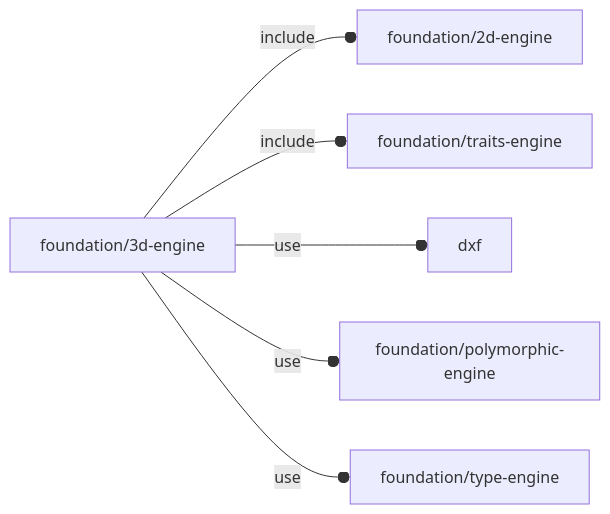
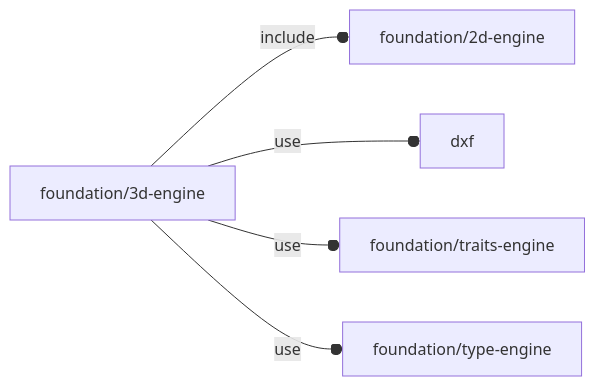
The diagram in orthodocs/foundation/3d-engine.md (ggabbiani/OFL), drawn with Mermaid before and after one commit. The commit also changed other lines of this file and 69 other files, not shown here.

````diff
--- a/orthodocs/foundation/3d-engine.md
+++ b/orthodocs/foundation/3d-engine.md
@@ -5,8 +5,7 @@
 ```mermaid
 graph LR
     A1[foundation/3d-engine] --o|include| A2[foundation/2d-engine]
-    A1 --o|include| A3[foundation/traits-engine]
-    A1 --o|use| A4[dxf]
-    A1 --o|use| A5[foundation/polymorphic-engine]
-    A1 --o|use| A6[foundation/type-engine]
+    A1 --o|use| A3[dxf]
+    A1 --o|use| A4[foundation/traits-engine]
+    A1 --o|use| A5[foundation/type-engine]
 ```
````
